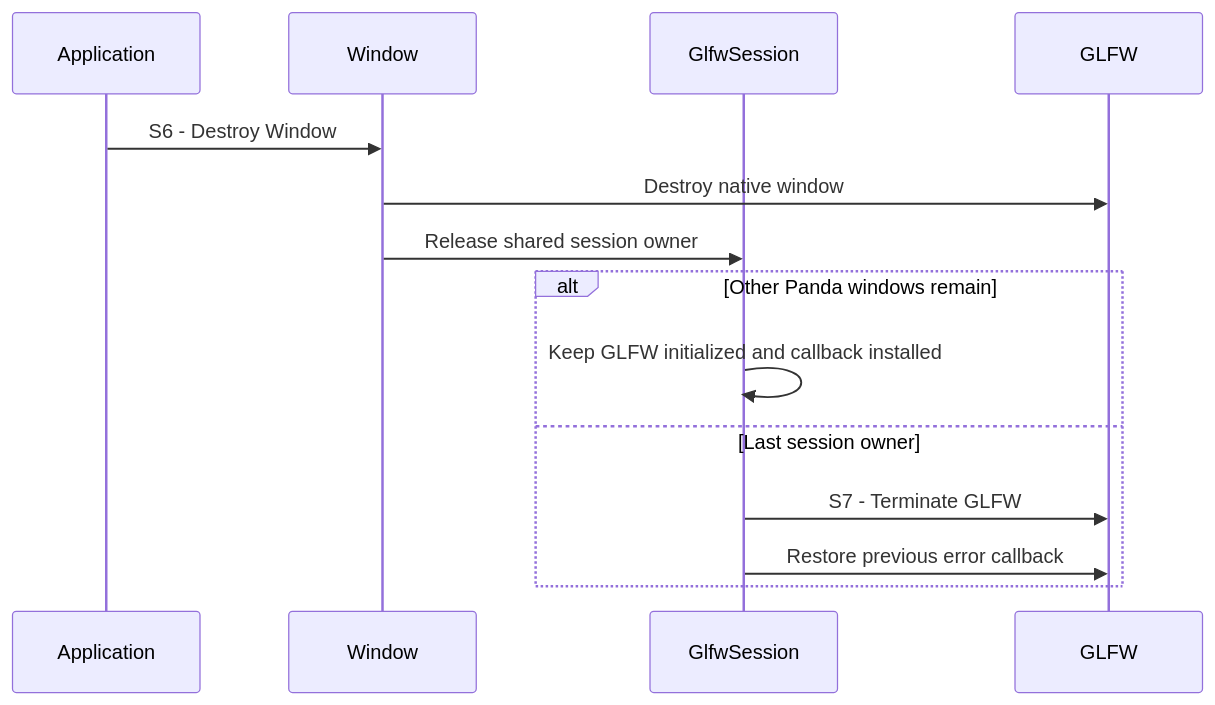
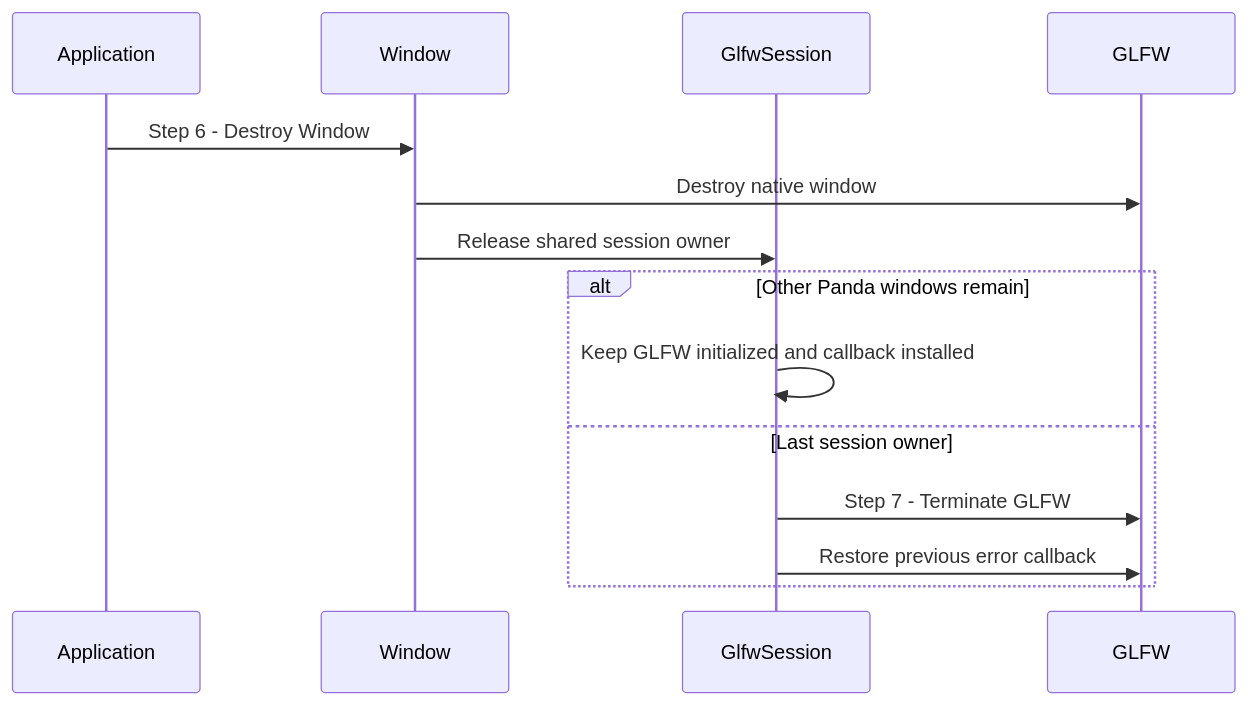
The second of 2 diagrams in docs/use-cases/create-window.md (a-soltysik/Panda), drawn with Mermaid before and after one commit. The commit also changed other lines of this file and 8 other files, not shown here.

````diff
--- a/docs/use-cases/create-window.md
+++ b/docs/use-cases/create-window.md
@@ -84,16 +75,16 @@
 ```mermaid
 sequenceDiagram
     participant A as Application
     participant W as Window
     participant S as GlfwSession
     participant G as GLFW
-    A->>W: S6 - Destroy Window
+    A->>W: Step 6 - Destroy Window
     W->>G: Destroy native window
     W->>S: Release shared session owner
     alt Other Panda windows remain
         S->>S: Keep GLFW initialized and callback installed
     else Last session owner
-        S->>G: S7 - Terminate GLFW
+        S->>G: Step 7 - Terminate GLFW
         S->>G: Restore previous error callback
     end
 ```
````
